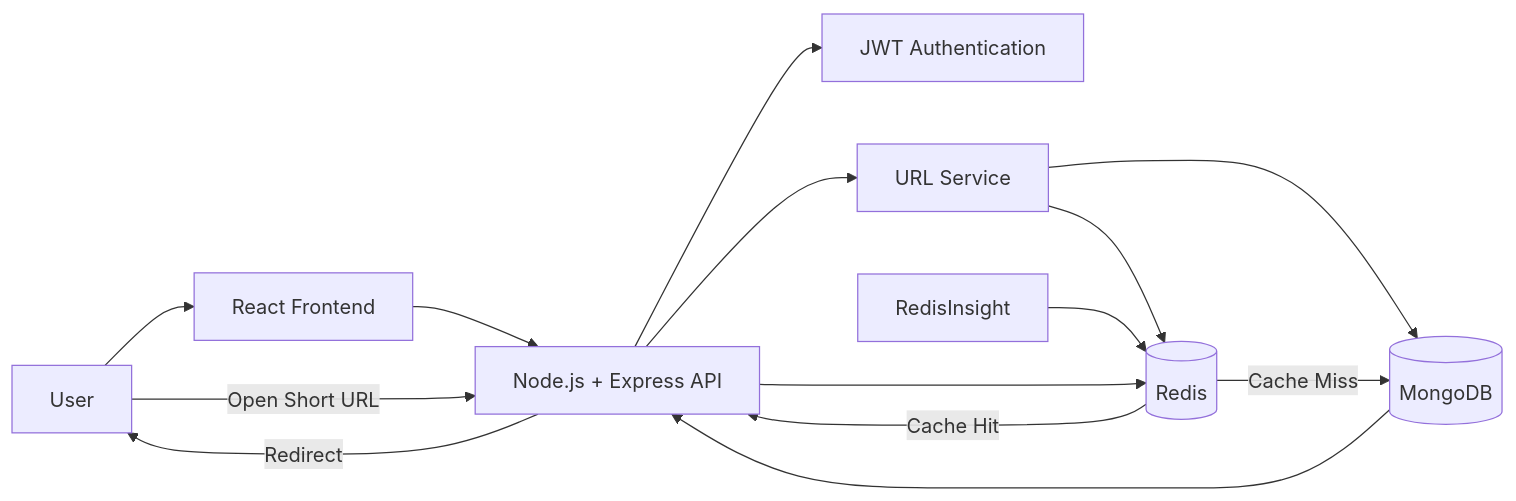
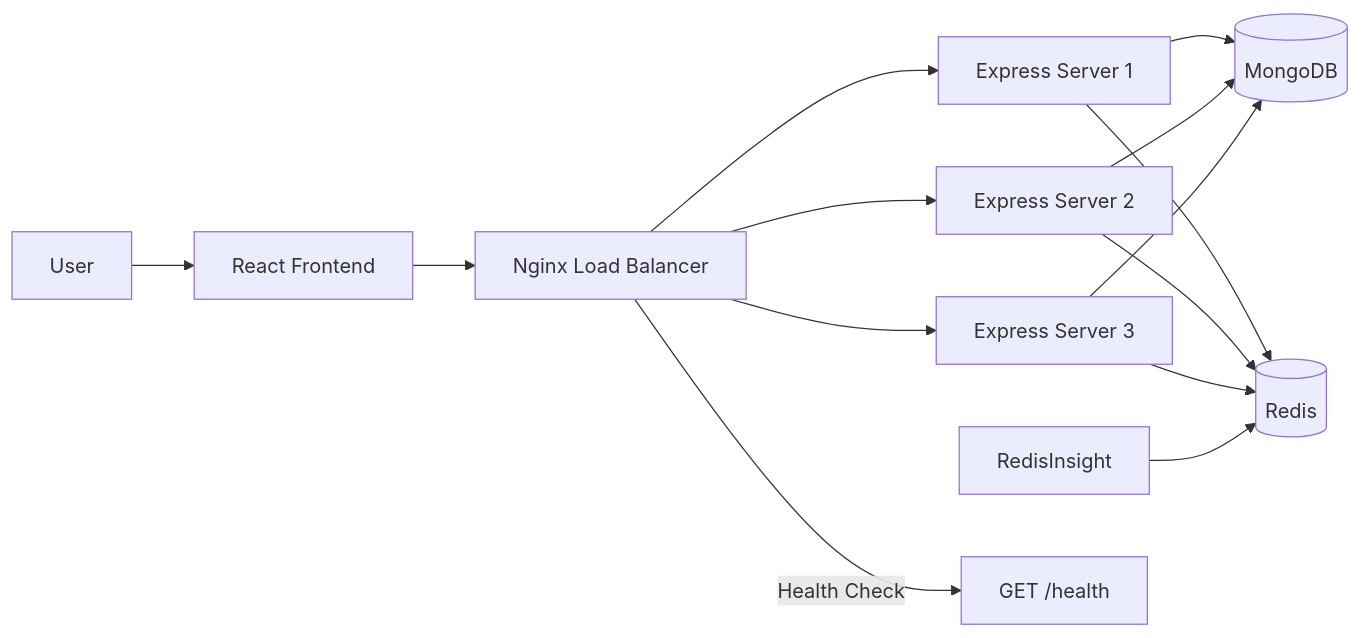
The first of 6 diagrams in README.md (radhey004/url_shortner), drawn with Mermaid before and after one commit. The commit also changed other lines of this file, not shown here.

````diff
--- a/README.md
+++ b/README.md
@@ -39,22 +42,21 @@
 ```mermaid
 flowchart LR
     User[User] --> Client[React Frontend]
-    Client --> API[Node.js + Express API]
+    Client --> Nginx[Nginx Load Balancer]
 
-    API --> Auth[JWT Authentication]
-    API --> URLService[URL Service]
+    Nginx --> Server1[Express Server 1]
+    Nginx --> Server2[Express Server 2]
+    Nginx --> Server3[Express Server 3]
 
-    URLService --> Mongo[(MongoDB)]
-    URLService --> Redis[(Redis)]
+    Server1 --> Mongo[(MongoDB)]
+    Server2 --> Mongo
+    Server3 --> Mongo
+
+    Server1 --> Redis[(Redis)]
+    Server2 --> Redis
+    Server3 --> Redis
 
     RedisInsight[RedisInsight] --> Redis
 
-    User -->|Open Short URL| API
-    API --> Redis
-
-    Redis -->|Cache Hit| API
-    Redis -->|Cache Miss| Mongo
-
-    Mongo --> API
-    API -->|Redirect| User
+    Nginx -->|Health Check| Health[GET /health]
 ```
````
